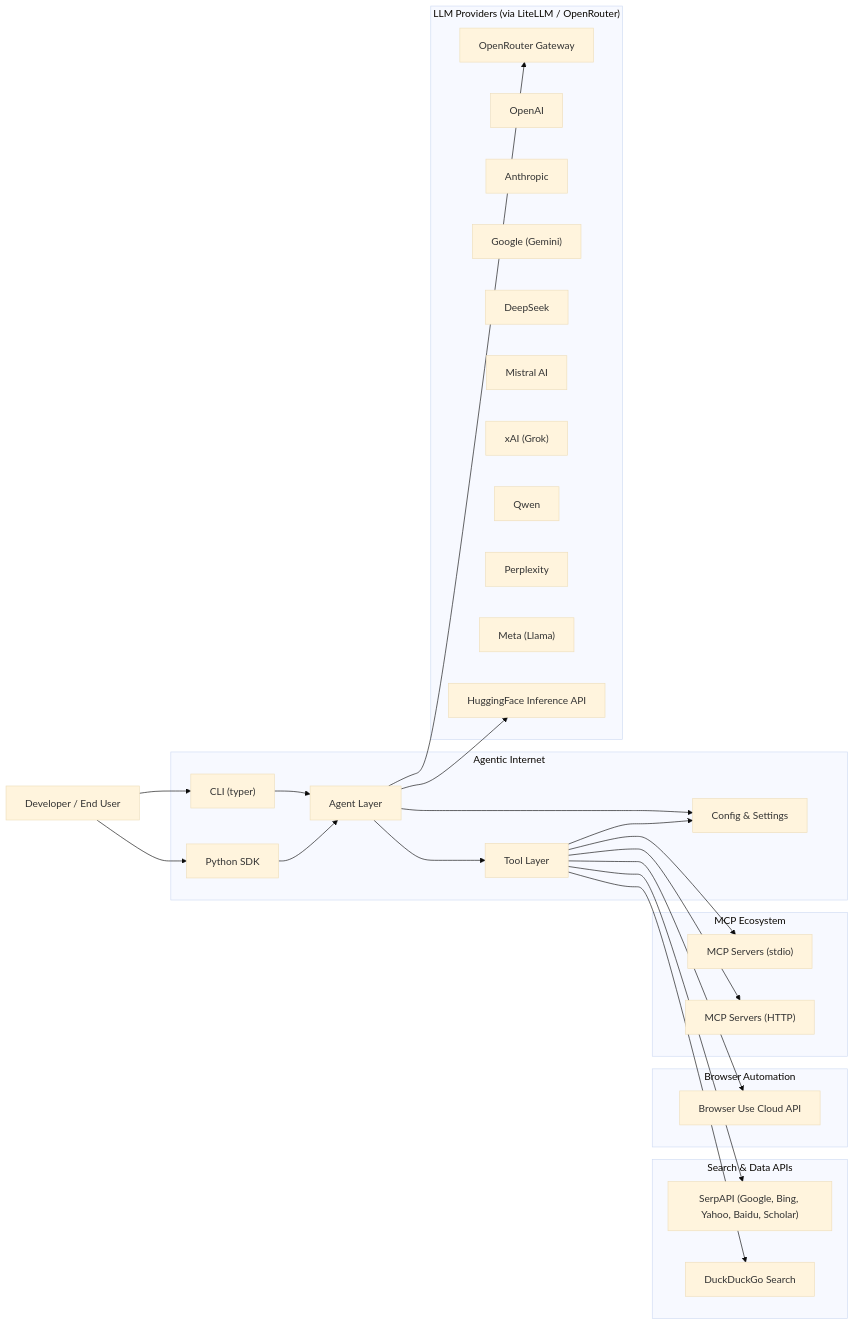
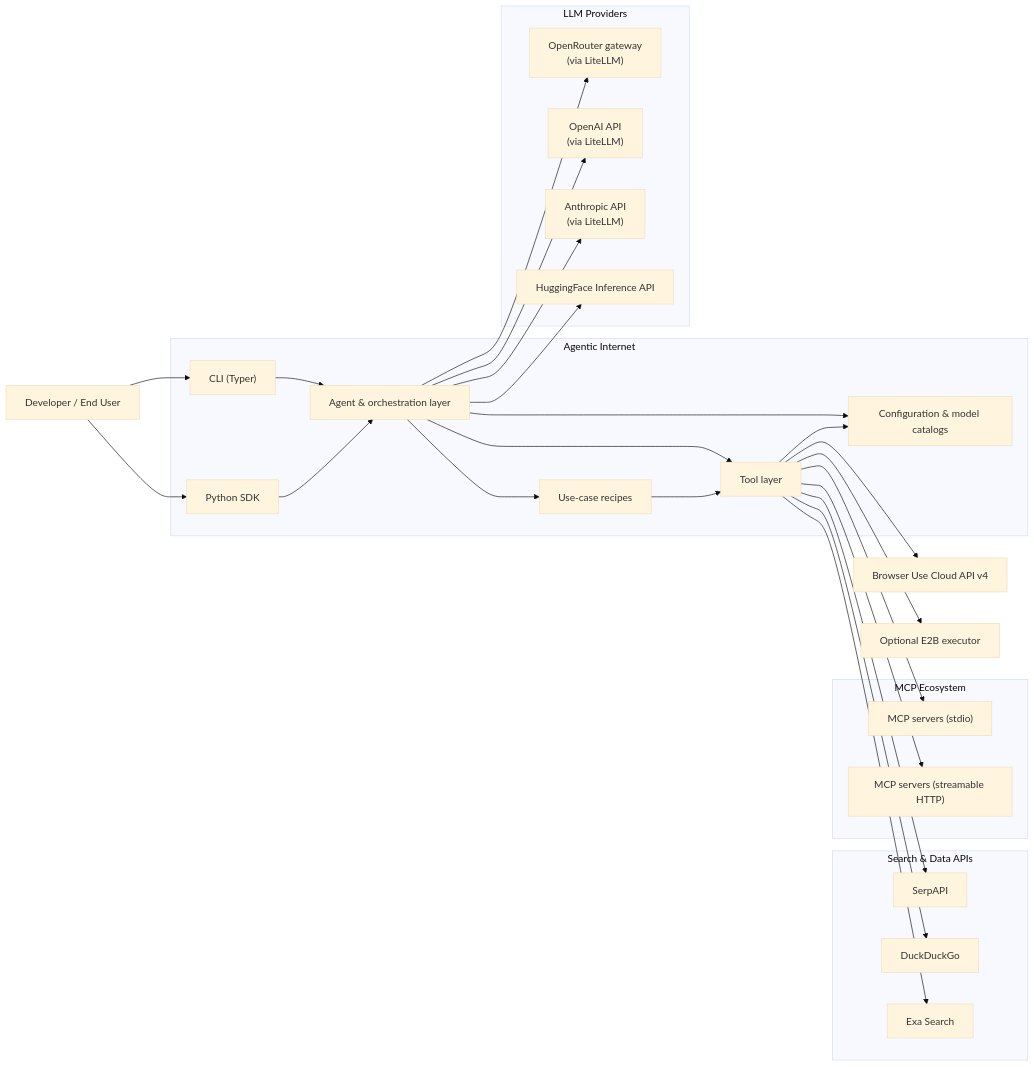
Before and after one commit to AgenticInternet/agentic-internet: the first of 10 diagrams in specs/CODEBASE_DIAGRAM.md, drawn with Mermaid (base theme). The commit also changed other lines of this file, not shown here.

Commit message:
docs: update codebase architecture diagrams

````diff
--- a/specs/CODEBASE_DIAGRAM.md
+++ b/specs/CODEBASE_DIAGRAM.md
@@ -12,53 +13,52 @@
 ```mermaid
 flowchart LR
     user["Developer / End User"]
-    cli["CLI (typer)"]
+    cli["CLI (Typer)"]
     sdk["Python SDK"]
 
     user --> cli
     user --> sdk
 
     subgraph agentic_internet["Agentic Internet"]
-        cli --> agents["Agent Layer"]
+        cli --> agents["Agent & orchestration layer"]
         sdk --> agents
-        agents --> tools["Tool Layer"]
-        agents --> config["Config & Settings"]
+        agents --> recipes["Use-case recipes"]
+        agents --> tools["Tool layer"]
+        agents --> config["Configuration & model catalogs"]
+        recipes --> tools
         tools --> config
     end
 
-    subgraph external_llm["LLM Providers (via LiteLLM / OpenRouter)"]
-        openrouter["OpenRouter Gateway"]
-        openai["OpenAI"]
-        anthropic["Anthropic"]
-        google["Google (Gemini)"]
-        deepseek["DeepSeek"]
-        mistral["Mistral AI"]
-        xai["xAI (Grok)"]
-        qwen["Qwen"]
-        perplexity["Perplexity"]
-        meta["Meta (Llama)"]
+    subgraph external_llm["LLM Providers"]
+        openrouter["OpenRouter gateway<br/>(via LiteLLM)"]
+        openai["OpenAI API<br/>(via LiteLLM)"]
+        anthropic["Anthropic API<br/>(via LiteLLM)"]
         hf_inference["HuggingFace Inference API"]
     end
 
     subgraph external_search["Search & Data APIs"]
-        serpapi["SerpAPI (Google, Bing, Yahoo, Baidu, Scholar)"]
-        ddg["DuckDuckGo Search"]
+        serpapi["SerpAPI"]
+        ddg["DuckDuckGo"]
+        exa["Exa Search"]
     end
 
-    subgraph external_browser["Browser Automation"]
-        browser_use_cloud["Browser Use Cloud API"]
-    end
+    browser_use_cloud["Browser Use Cloud API v4"]
+    e2b["Optional E2B executor"]
 
     subgraph external_mcp["MCP Ecosystem"]
-        mcp_stdio["MCP Servers (stdio)"]
-        mcp_http["MCP Servers (HTTP)"]
+        mcp_stdio["MCP servers (stdio)"]
+        mcp_http["MCP servers (streamable HTTP)"]
     end
 
     agents --> openrouter
+    agents --> openai
+    agents --> anthropic
     agents --> hf_inference
     tools --> serpapi
     tools --> ddg
+    tools --> exa
     tools --> browser_use_cloud
+    tools --> e2b
     tools --> mcp_stdio
     tools --> mcp_http
 ```
````
